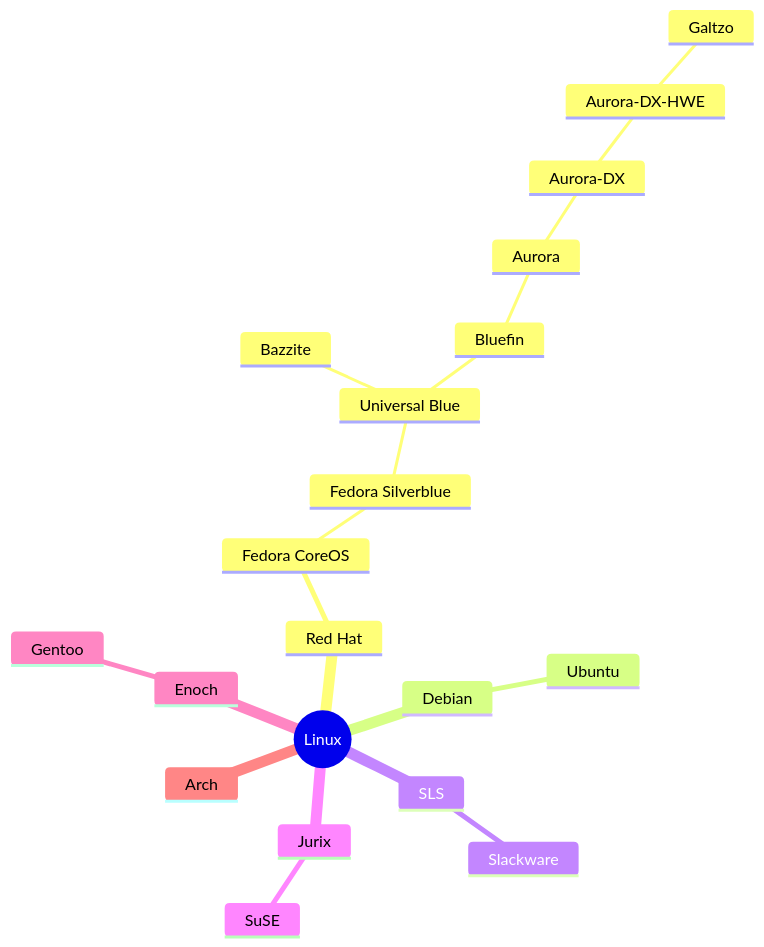
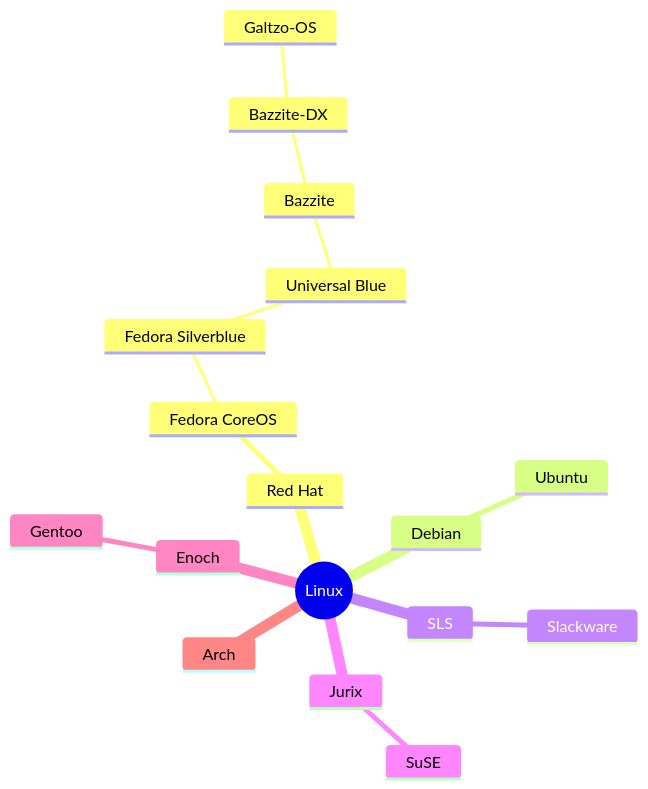
The diagram in README.md (pboling/galtzo-os), drawn with Mermaid before and after one commit. The commit also changed other lines of this file, not shown here.

First line of the commit message:
Change base image from aurora-dx-hwe to bazzite-dx

````diff
--- a/README.md
+++ b/README.md
@@ -7,24 +7,21 @@
 ```mermaid
 mindmap
   root((Linux))
     Red Hat
       Fedora CoreOS
         Fedora Silverblue
           Universal Blue
             Bazzite
-            Bluefin
-              Aurora
-                Aurora-DX
-                  Aurora-DX-HWE
-                    Galtzo
+              Bazzite-DX
+                Galtzo-OS
                   
     Debian
       Ubuntu
     SLS
       Slackware
     Jurix
       SuSE
     Enoch
       Gentoo
     Arch
 ```
````
